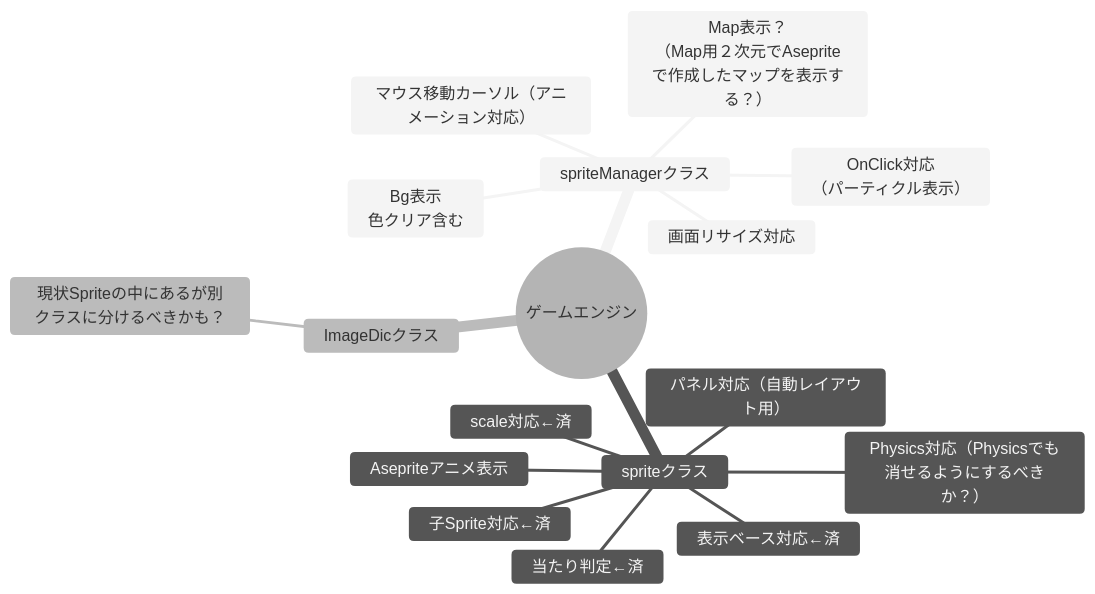
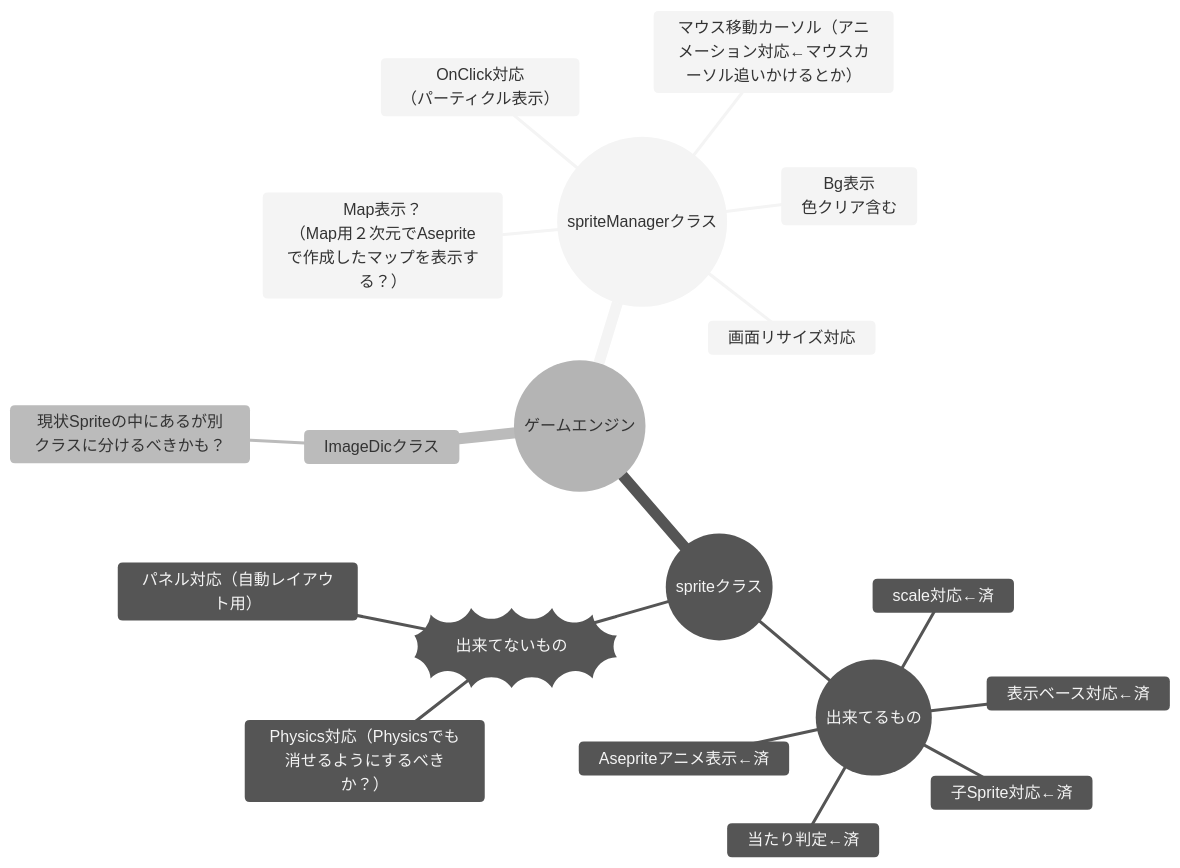
One commit to ChaosReadman/NovelEngine changed the diagram in README.md. Above: the diagram before and after it, drawn with Mermaid (neutral theme). The commit also changed 5 other files, not shown here.

````diff
--- a/README.md
+++ b/README.md
@@ -4,21 +4,23 @@
 ```mermaid
 mindmap
 top((ゲームエンジン))
-    spriteManagerクラス
+    ((spriteManagerクラス))
         OnClick対応<br>（パーティクル表示）
-        マウス移動カーソル（アニメーション対応）
+        マウス移動カーソル（アニメーション対応←マウスカーソル追いかけるとか）
         Bg表示<br>色クリア含む
         Map表示？<br>（Map用２次元でAsepriteで作成したマップを表示する？）
         画面リサイズ対応
-    spriteクラス
-        scale対応←済
-        表示ベース対応←済
-        当たり判定←済
-        Asepriteアニメ表示
-        子Sprite対応←済
-        パネル対応（自動レイアウト用）
-        Physics対応（Physicsでも消せるようにするべきか？）
+    ((spriteクラス))
+        ((出来てるもの))
+            scale対応←済
+            表示ベース対応←済
+            当たり判定←済
+            Asepriteアニメ表示←済
+            子Sprite対応←済
+        ))出来てないもの((
+            パネル対応（自動レイアウト用）
+            Physics対応（Physicsでも消せるようにするべきか？）
     ImageDicクラス
         現状Spriteの中にあるが別クラスに分けるべきかも？
 
 ```
````
